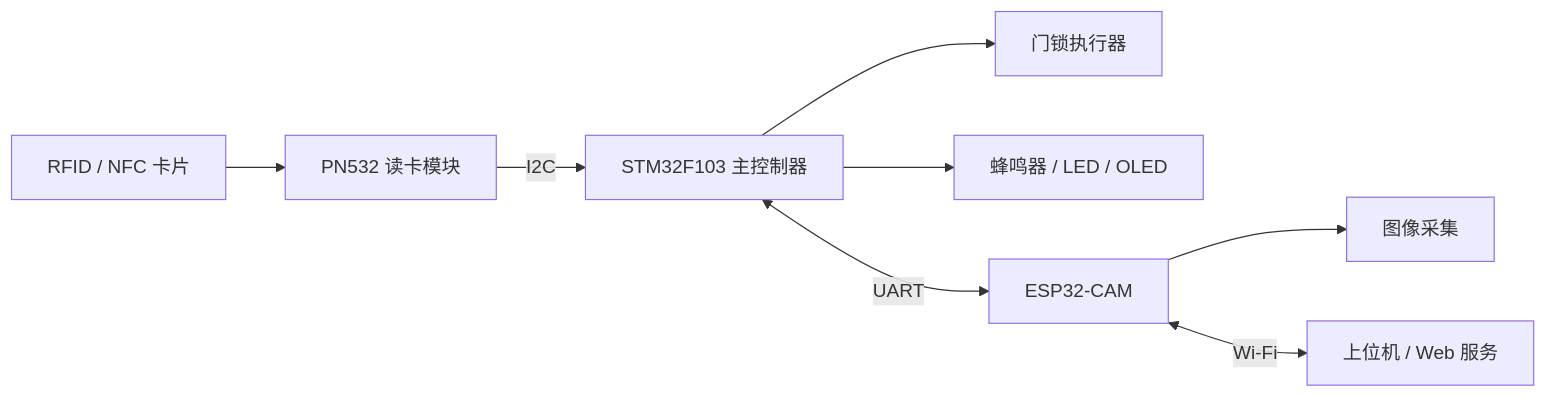
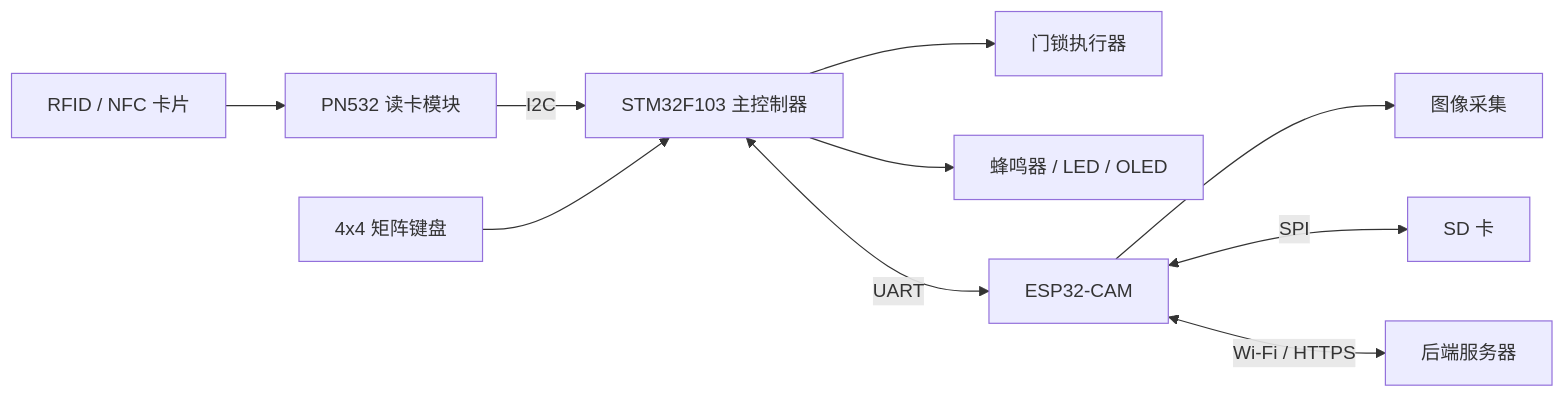
One commit to liuwentao12/rfid_course_design changed the diagram in README.md. Above: the diagram before and after it, drawn with Mermaid. The commit also changed other lines of this file, not shown here.

````diff
--- a/README.md
+++ b/README.md
@@ -18,10 +19,12 @@
 ```mermaid
 flowchart LR
     Card["RFID / NFC 卡片"] --> PN532["PN532 读卡模块"]
     PN532 -->|I2C| STM32["STM32F103 主控制器"]
+    Keypad["4x4 矩阵键盘"] --> STM32
     STM32 --> Door["门锁执行器"]
     STM32 --> UI["蜂鸣器 / LED / OLED"]
     STM32 <-->|UART| ESPCAM["ESP32-CAM"]
     ESPCAM --> Camera["图像采集"]
-    ESPCAM <-->|Wi-Fi| Server["上位机 / Web 服务"]
+    ESPCAM <-->|SPI| SD["SD 卡"]
+    ESPCAM <-->|Wi-Fi / HTTPS| Server["后端服务器"]
 ```
````
